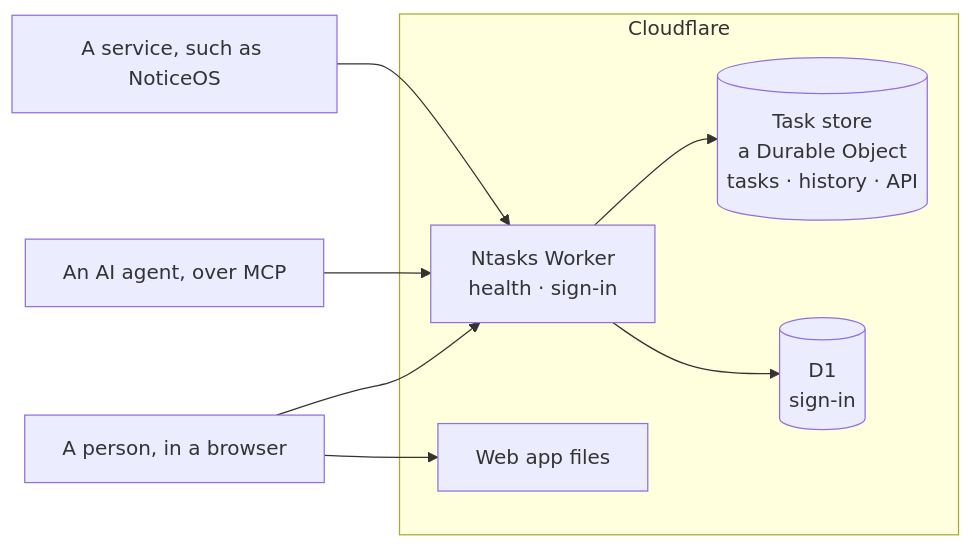
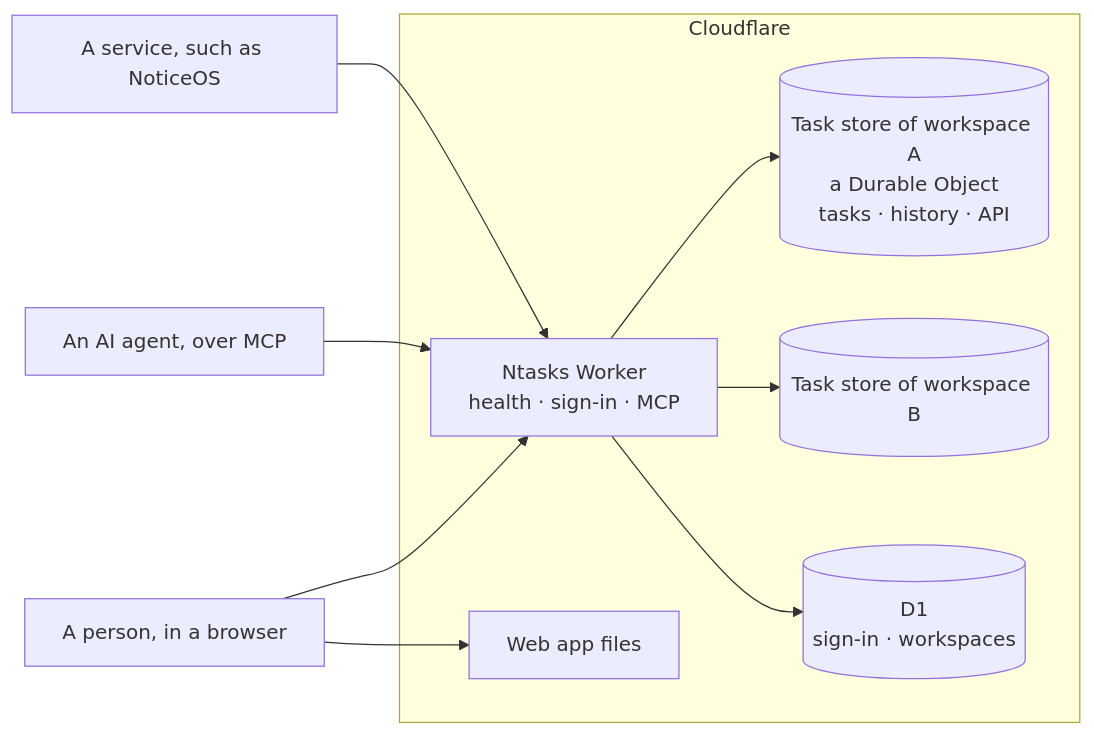
The diagram in docs/architecture.md (notice-cx/Ntasks), drawn with Mermaid before and after one commit. The commit also changed other lines of this file and 8 other files, not shown here.

````diff
--- a/docs/architecture.md
+++ b/docs/architecture.md
@@ -13,12 +16,13 @@
 ```mermaid
 flowchart LR
   person["A person, in a browser"] --> worker
   agent["An AI agent, over MCP"] --> worker
   service["A service, such as NoticeOS"] --> worker
   subgraph cf["Cloudflare"]
     files["Web app files"]
-    worker["Ntasks Worker<br/>health · sign-in"] --> store[("Task store<br/>a Durable Object<br/>tasks · history · API")]
-    worker --> db[("D1<br/>sign-in")]
+    worker["Ntasks Worker<br/>health · sign-in · MCP"] --> storeA[("Task store of workspace A<br/>a Durable Object<br/>tasks · history · API")]
+    worker --> storeB[("Task store of workspace B")]
+    worker --> db[("D1<br/>sign-in · workspaces")]
   end
   person --> files
 ```
````
